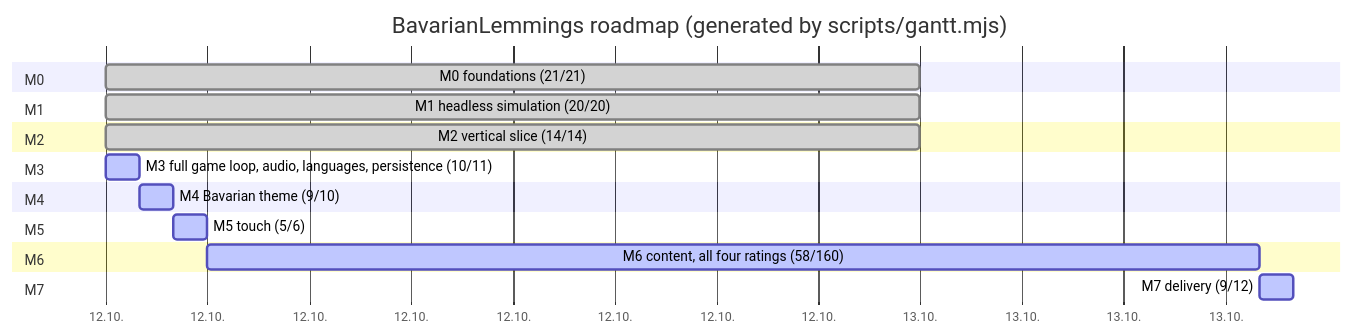
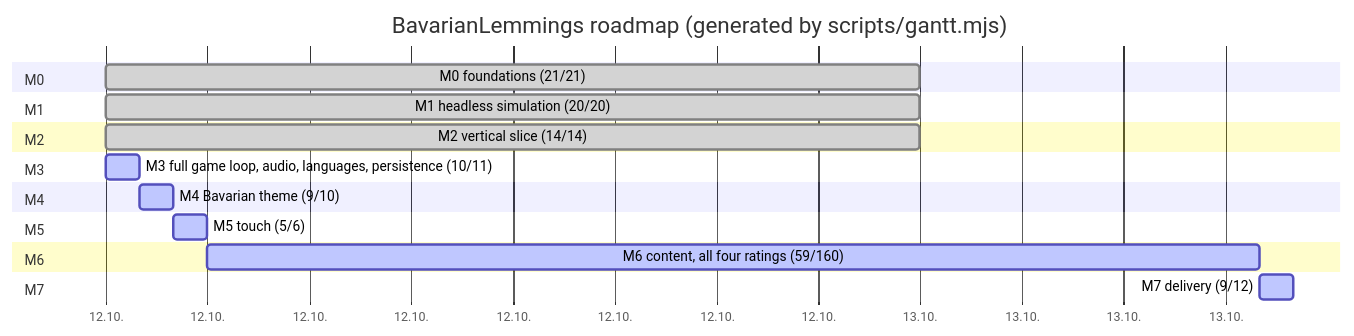
One commit to marcelpetrick/BavarianLemmings changed the diagram in plan.md. Above: the diagram before and after it, drawn with Mermaid. The commit also changed other lines of this file and 7 other files, not shown here.

````diff
--- a/plan.md
+++ b/plan.md
@@ -43,22 +43,22 @@
 ```mermaid
 gantt
     title BavarianLemmings roadmap (generated by scripts/gantt.mjs)
     dateFormat  YYYY-MM-DD
     axisFormat  %d.%m.
     section M0
     M0 foundations (21/21) :done, m0, 2026-10-12, 1d
     section M1
     M1 headless simulation (20/20) :done, m1, 2026-10-12, 1d
     section M2
     M2 vertical slice (14/14) :done, m2, 2026-10-12, 1d
     section M3
     M3 full game loop, audio, languages, persistence (10/11) :active, m3, 2026-10-12, 1h
     section M4
     M4 Bavarian theme (9/10) :active, m4, after m3, 1h
     section M5
     M5 touch (5/6) :active, m5, after m4, 1h
     section M6
-    M6 content, all four ratings (58/160) :active, m6, after m5, 31h
+    M6 content, all four ratings (59/160) :active, m6, after m5, 31h
     section M7
     M7 delivery (9/12) :active, m7, after m6, 1h
 ```
````
